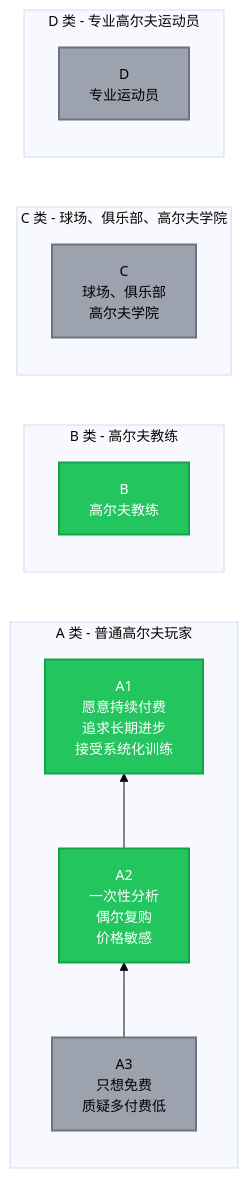
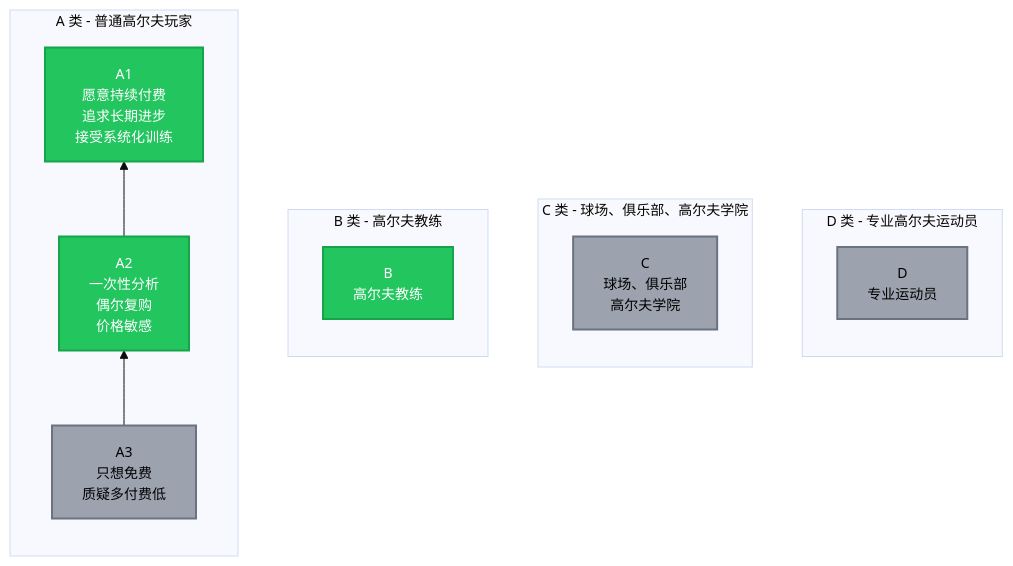
The diagram in docs/zh/product/user-personas.md (movement-chain-ai/movement-chain-docs), drawn with Mermaid before and after one commit. The commit also changed other lines of this file, not shown here.

First line of the commit message:
更新用户分层图布局（无连线），添加1.2.x子标题

````diff
--- a/docs/zh/product/user-personas.md
+++ b/docs/zh/product/user-personas.md
@@ -7,31 +7,35 @@
 ```mermaid
 %%{init: {'theme': 'base', 'themeVariables': { 'fontSize': '14px'}}}%%
 graph LR
     subgraph A ["A 类 - 普通高尔夫玩家"]
         direction BT
         A3[" A3 <br/>只想免费<br/>质疑多付费低"]
         A2[" A2 <br/>一次性分析<br/>偶尔复购<br/>价格敏感"]
         A1[" A1 <br/>愿意持续付费<br/>追求长期进步<br/>接受系统化训练"]
         A3 --> A2
         A2 --> A1
     end
 
     subgraph B ["B 类 - 高尔夫教练"]
         B1[" B <br/>高尔夫教练"]
     end
 
     subgraph C ["C 类 - 球场、俱乐部、高尔夫学院"]
         C1[" C <br/>球场、俱乐部<br/>高尔夫学院"]
     end
 
     subgraph D ["D 类 - 专业高尔夫运动员"]
         D1[" D <br/>专业运动员"]
     end
 
+    A ~~~ B
+    B ~~~ C
+    C ~~~ D
+
     style A1 fill:#22c55e,color:#fff,stroke:#16a34a,stroke-width:2px
     style A2 fill:#22c55e,color:#fff,stroke:#16a34a,stroke-width:2px
     style A3 fill:#9ca3af,color:#000,stroke:#6b7280,stroke-width:2px
     style B1 fill:#22c55e,color:#fff,stroke:#16a34a,stroke-width:2px
     style C1 fill:#9ca3af,color:#000,stroke:#6b7280,stroke-width:2px
     style D1 fill:#9ca3af,color:#000,stroke:#6b7280,stroke-width:2px
 ```
````
